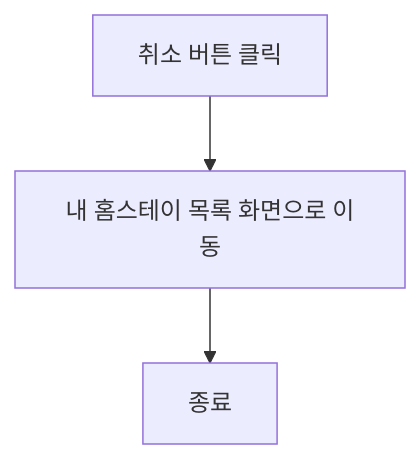
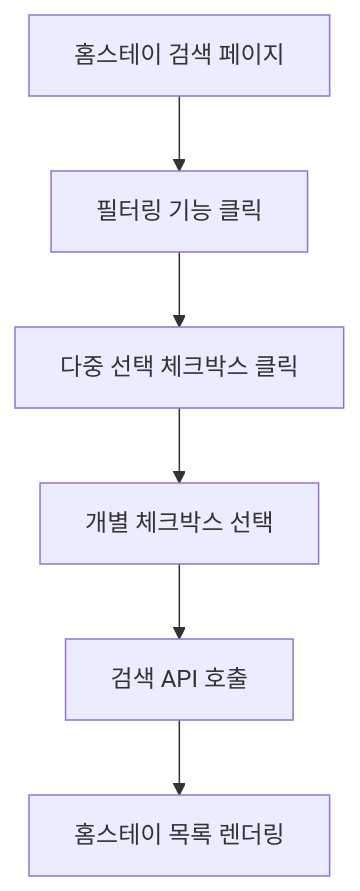
One commit to red-dev-Mark/devcamp-onboarding-project-Team-2 changed the sixth of 7 diagrams in design/기능정의서.md. Above: the diagram before and after it, drawn with Mermaid. The commit also changed other lines of this file, not shown here.

````diff
--- a/design/기능정의서.md
+++ b/design/기능정의서.md
@@ -331,5 +310,8 @@
 ```mermaid
 flowchart TD
-    A[취소 버튼 클릭] --> B[내 홈스테이 목록 화면으로 이동]
-    B --> Z[종료]
+    I[홈스테이 검색 페이지] --> J[필터링 기능 클릭]
+    J --> K[다중 선택 체크박스 클릭]
+    K --> L[개별 체크박스 선택]
+    L --> M[검색 API 호출]
+    M --> N[홈스테이 목록 렌더링]
 ```
````
